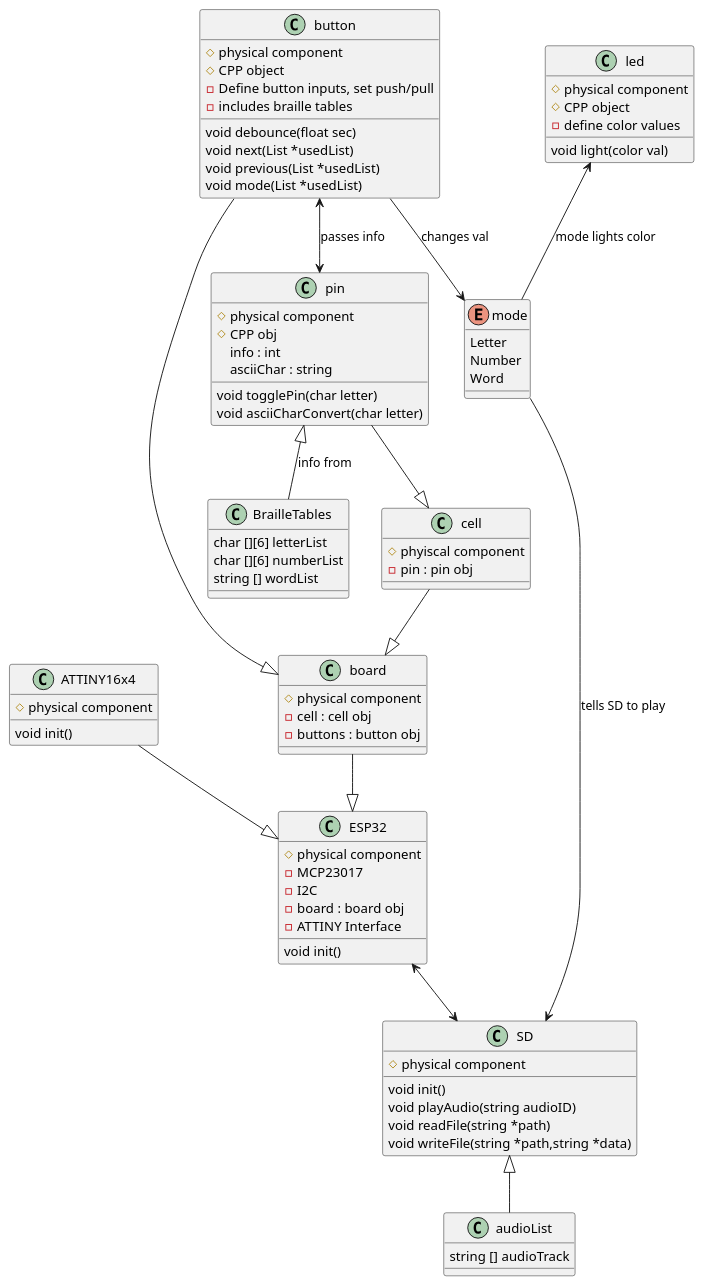
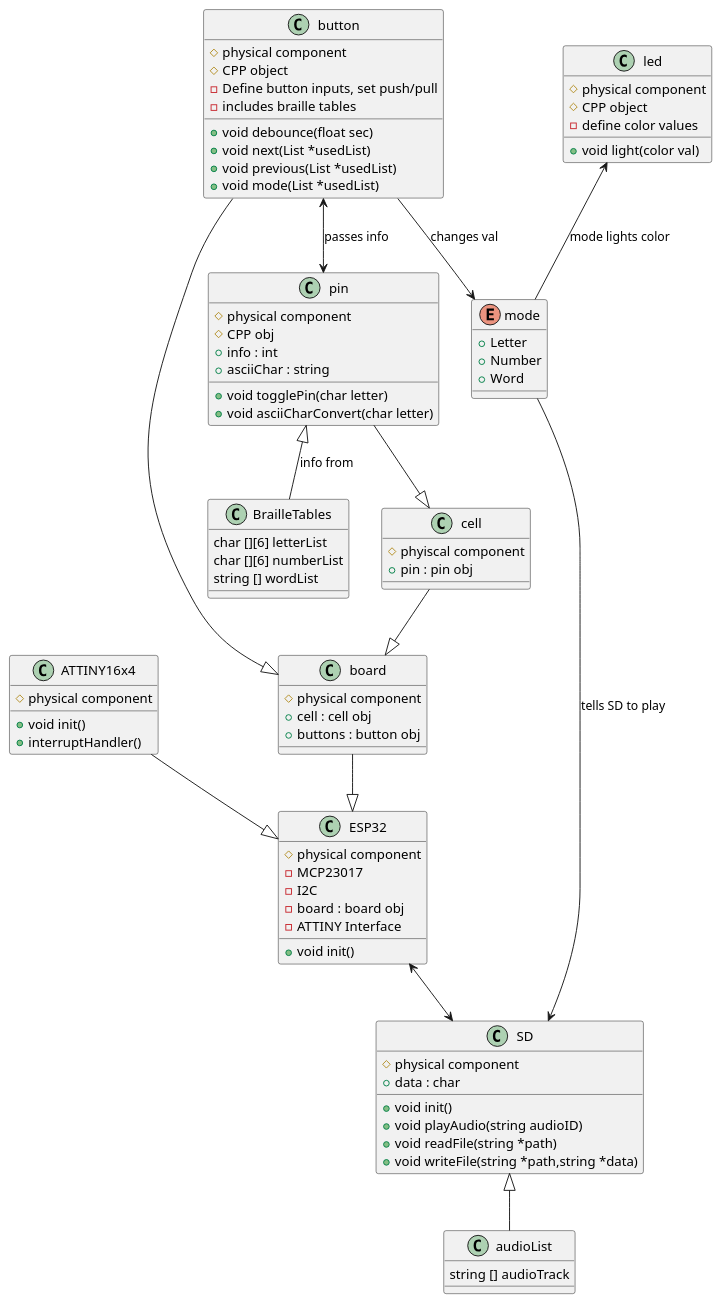
One commit to nathe6/ENGR696-Braille changed the diagram in Braille_Project/main/Braille.puml. Above: the diagram before and after it, drawn with PlantUML. The commit also changed 1 other file, not shown here.

```diff
--- a/Braille_Project/main/Braille.puml
+++ b/Braille_Project/main/Braille.puml
@@ -1,95 +1,97 @@
 @startuml braille
 ' skinparam linetype polyline
 
 together {
     class board {
         # physical component
-        - cell : cell obj
-        - buttons : button obj
+        + cell : cell obj
+        + buttons : button obj
     }
 
     class cell {
         # phyiscal component
-        - pin : pin obj
+        + pin : pin obj
     }
 
         cell --|> board
         button --|> board
         pin --|> cell
 
     class pin {
-        #physical component
-        #CPP obj
-        info : int
-        asciiChar : string
-        void togglePin(char letter)
-        void asciiCharConvert(char letter)
+        # physical component
+        # CPP obj
+        + info : int
+        + asciiChar : string
+        + void togglePin(char letter)
+        + void asciiCharConvert(char letter)
     }
 
         pin <|-- BrailleTables : info from
         BrailleTables : char [][6] letterList
         BrailleTables : char [][6] numberList
         BrailleTables : string [] wordList
 
     class button {
         # physical component
         # CPP object
         - Define button inputs, set push/pull
         - includes braille tables
-        void debounce(float sec) 
-        void next(List *usedList) 
-        void previous(List *usedList)
-        void mode(List *usedList)
+        + void debounce(float sec) 
+        + void next(List *usedList) 
+        + void previous(List *usedList)
+        + void mode(List *usedList)
     }
 
         button <--> pin : passes info 
         button --> mode : changes val
 
 }
 
 class ESP32 {
     # physical component
     - MCP23017
     - I2C
     - board : board obj
     - ATTINY Interface
-    void init()
+    + void init()
 }
 
 class ATTINY16x4 {
     # physical component
-    void init()
+    + void init()
+    + interruptHandler()
 }
 
     ATTINY16x4 --|> ESP32
     board --|> ESP32
 
 class SD {
     # physical component
-    void init()
-    void playAudio(string audioID)
-    void readFile(string *path)
-    void writeFile(string *path,string *data)
+    + data : char
+    + void init()
+    + void playAudio(string audioID)
+    + void readFile(string *path)
+    + void writeFile(string *path,string *data)
 }
 
     SD <|-- audioList 
     audioList : string [] audioTrack
     mode -> SD : tells SD to play
     ESP32 <--> SD 
 
 class led {
     # physical component
     # CPP object
     - define color values
-    void light(color val)
+    + void light(color val)
 }
 
     led <-- mode : mode lights color
 
 enum mode {
-    Letter
-    Number
-    Word
+    + Letter
+    + Number
+    + Word
 } 
 
 @enduml
```
